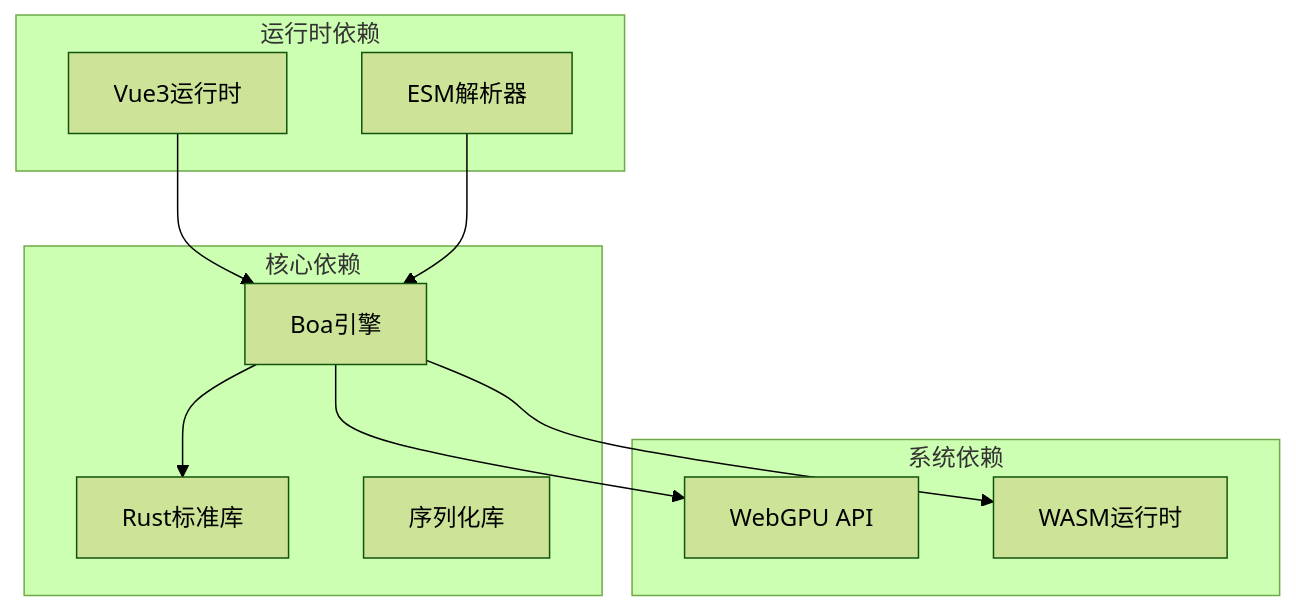
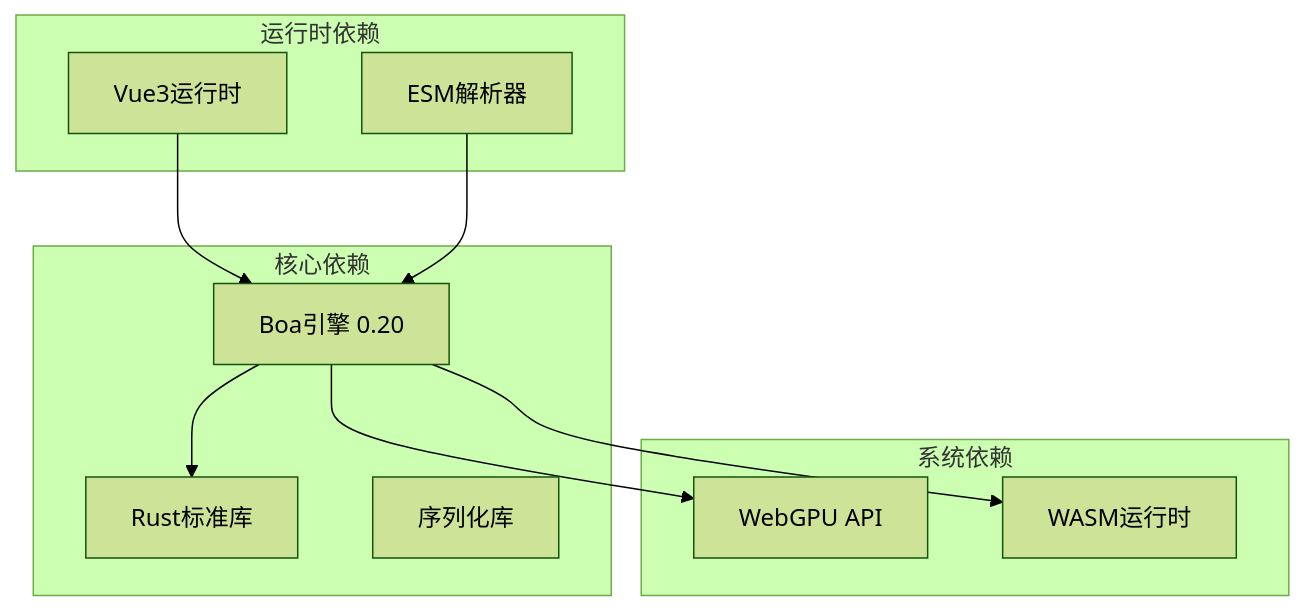
Before and after one commit to itszzl-sudo/iris: the ninth of 11 diagrams in .qoder/repowiki/zh/content/技术架构详解/JS沙箱运行时.md, drawn with Mermaid (forest theme). The commit also changed other lines of this file and 7 other files, not shown here.

````diff
--- a/.qoder/repowiki/zh/content/技术架构详解/JS沙箱运行时.md
+++ b/.qoder/repowiki/zh/content/技术架构详解/JS沙箱运行时.md
@@ -314,21 +332,21 @@
 ```mermaid
 graph TB
 subgraph "核心依赖"
-Boa[Boa引擎]
+Boa[Boa引擎 0.20]
 RustStd[Rust标准库]
 Serde[序列化库]
 end
 subgraph "运行时依赖"
 Vue3[Vue3运行时]
 ESM[ESM解析器]
 end
 subgraph "系统依赖"
 WebGPU[WebGPU API]
 Wasm[WASM运行时]
 end
 Boa --> RustStd
 Vue3 --> Boa
 ESM --> Boa
 Boa --> WebGPU
 Boa --> Wasm
 ```
````
